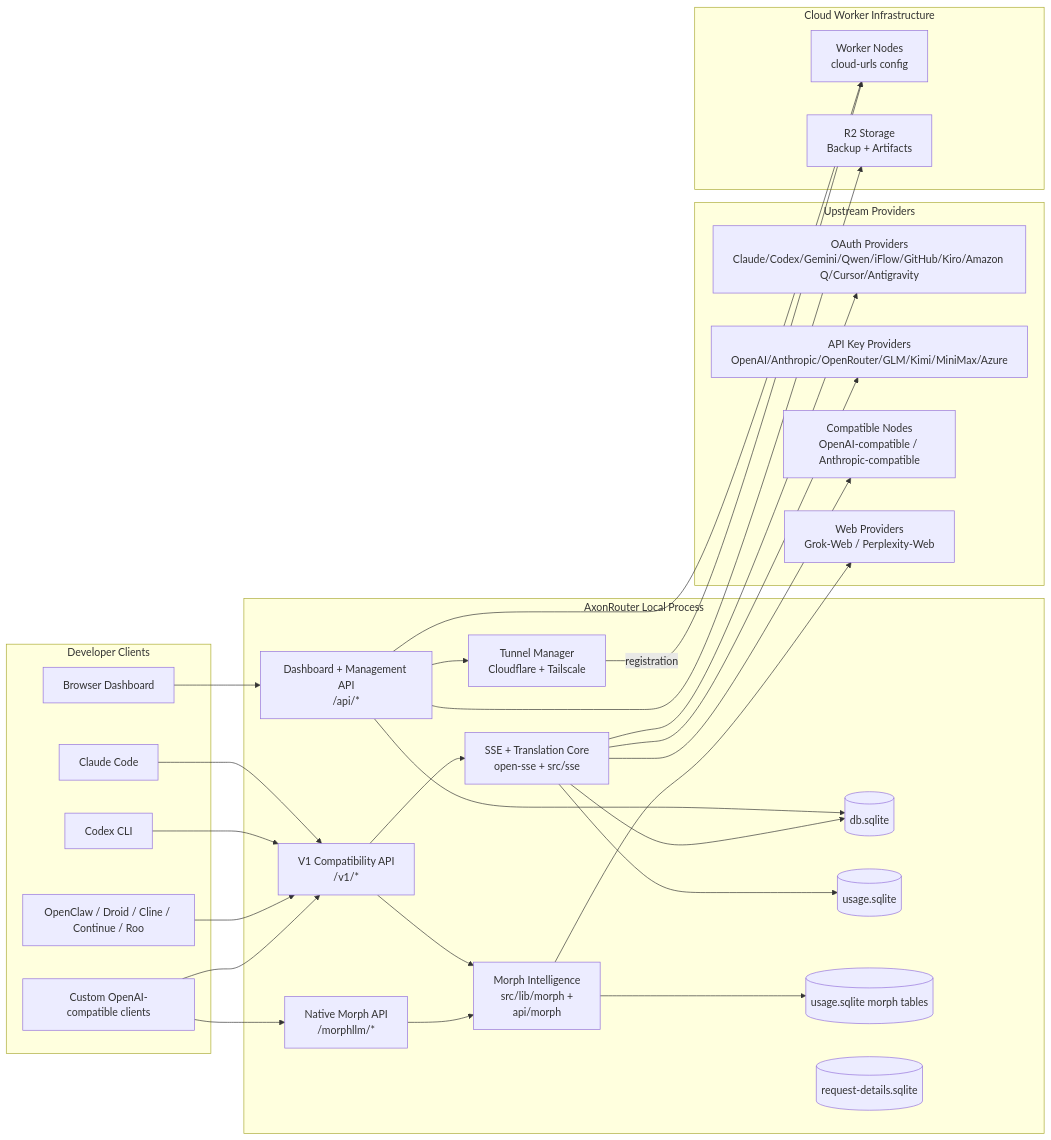
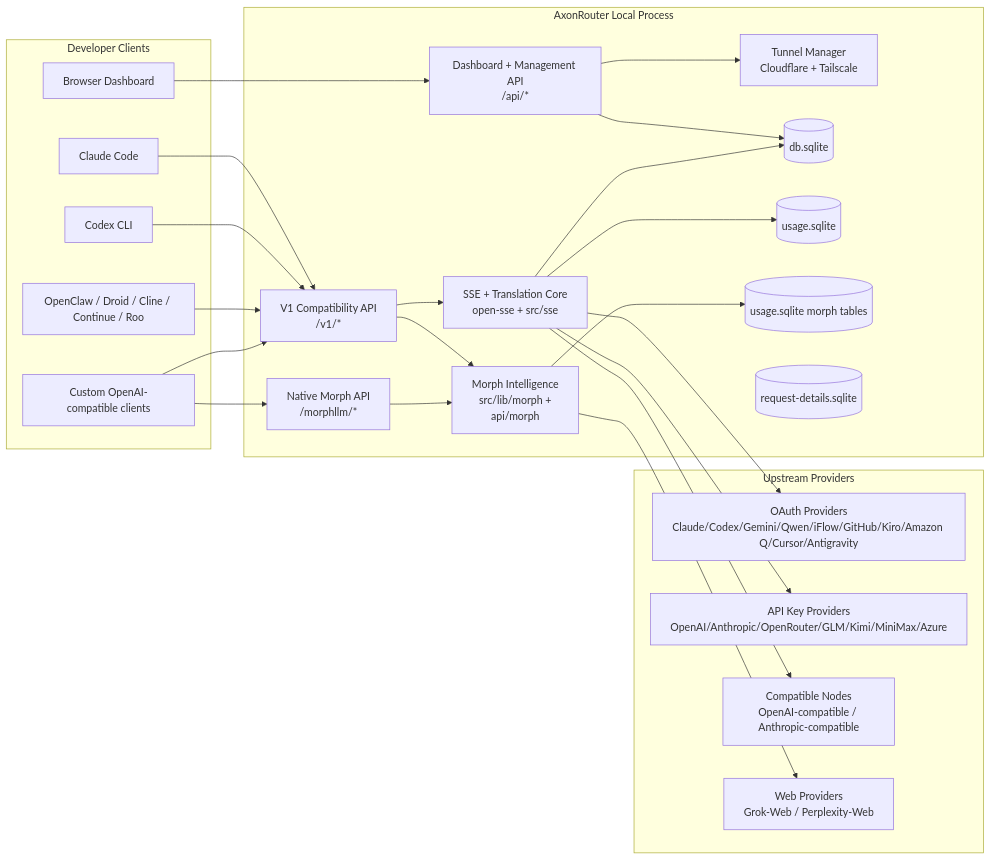
Before and after one commit to rickicode/AxonRouter: the first of 7 diagrams in docs/ARCHITECTURE.md, drawn with Mermaid. The commit also changed other lines of this file and 60 other files, not shown here.

First line of the commit message:
chore: remove R2 backup/restore system and remaining cloud references

````diff
--- a/docs/ARCHITECTURE.md
+++ b/docs/ARCHITECTURE.md
@@ -66,60 +60,51 @@
 ```mermaid
 flowchart LR
     subgraph Clients[Developer Clients]
         C1[Claude Code]
         C2[Codex CLI]
         C3[OpenClaw / Droid / Cline / Continue / Roo]
         C4[Custom OpenAI-compatible clients]
         BROWSER[Browser Dashboard]
     end
 
     subgraph Router[AxonRouter Local Process]
         API[V1 Compatibility API\n/v1/*]
         MORPHHTTP[Native Morph API\n/morphllm/*]
         DASH[Dashboard + Management API\n/api/*]
         CORE[SSE + Translation Core\nopen-sse + src/sse]
         MORPH[Morph Intelligence\nsrc/lib/morph +\napi/morph]
         TUNNEL[Tunnel Manager\nCloudflare + Tailscale]
         DB[(db.sqlite)]
         UDB[(usage.sqlite)]
         MDB[(usage.sqlite morph tables)]
         RDB[(request-details.sqlite)]
     end
 
     subgraph Upstreams[Upstream Providers]
         P1[OAuth Providers\nClaude/Codex/Gemini/Qwen/iFlow/GitHub/Kiro/Amazon Q/Cursor/Antigravity]
         P2[API Key Providers\nOpenAI/Anthropic/OpenRouter/GLM/Kimi/MiniMax/Azure]
         P3[Compatible Nodes\nOpenAI-compatible / Anthropic-compatible]
         P4[Web Providers\nGrok-Web / Perplexity-Web]
     end
 
-    subgraph Cloud[Cloud Worker Infrastructure]
-        WORKER[Worker Nodes\ncloud-urls config]
-        R2[R2 Storage\nBackup + Artifacts]
-    end
-
     C1 --> API
     C2 --> API
     C3 --> API
     C4 --> API
     C4 --> MORPHHTTP
     BROWSER --> DASH
 
     API --> CORE
     API --> MORPH
     MORPHHTTP --> MORPH
     DASH --> DB
     DASH --> TUNNEL
     CORE --> DB
     CORE --> UDB
     MORPH --> MDB
     MORPH --> P4
 
     CORE --> P1
     CORE --> P2
     CORE --> P3
-
-    DASH --> WORKER
-    DASH --> R2
-    TUNNEL -->|registration| WORKER
 ```
````
